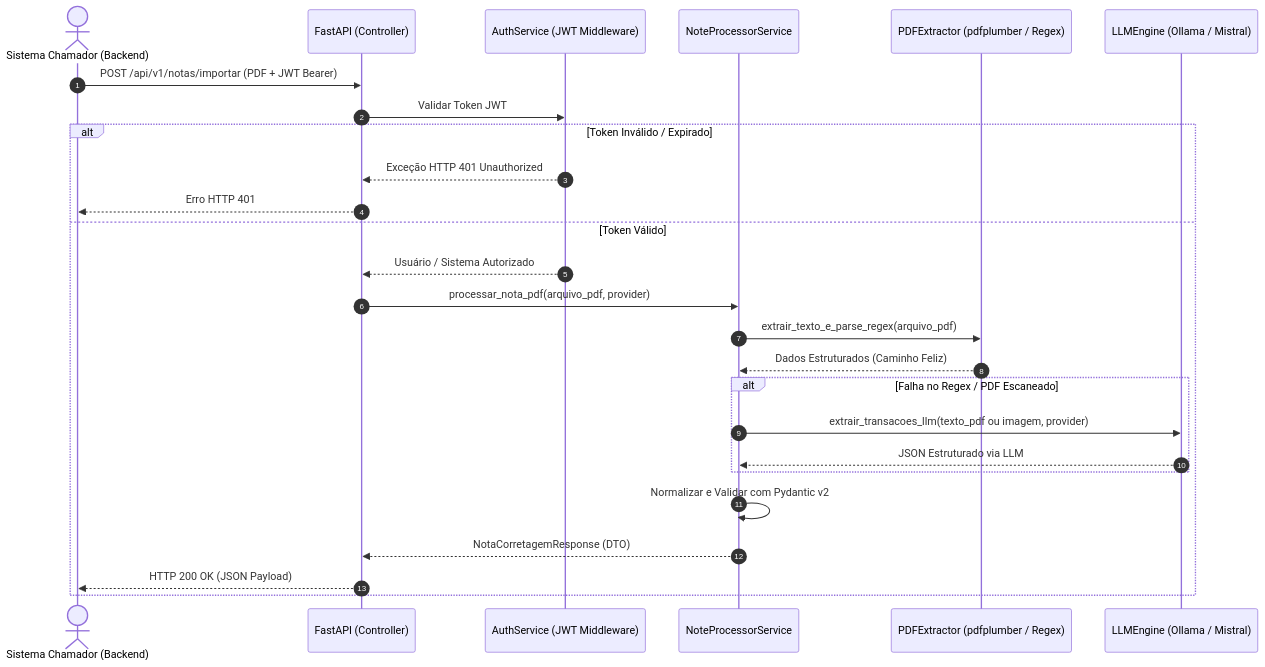
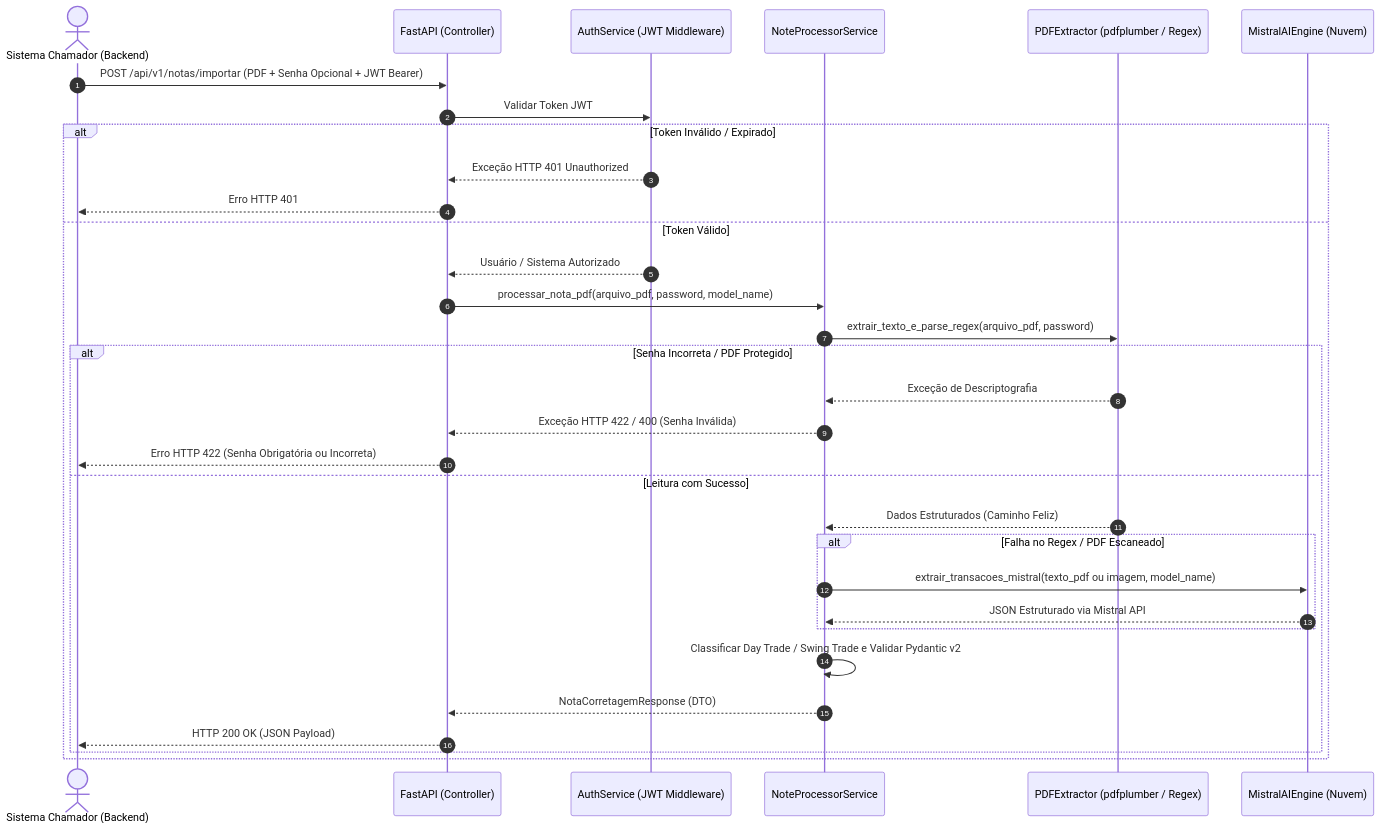
The first of 2 diagrams in ssd.md (lcamargo82/nota-corretagem-api), drawn with Mermaid before and after one commit. The commit also changed other lines of this file and 3 other files, not shown here.

Commit message:
docs: atualizacao do prd, ssd, readme e plano com suporte a mistral, senhas e swing trade

````diff
--- a/ssd.md
+++ b/ssd.md
@@ -15,31 +15,38 @@
 ```mermaid
 sequenceDiagram
     autonumber
     actor Cliente as Sistema Chamador (Backend)
     participant API as FastAPI (Controller)
     participant Auth as AuthService (JWT Middleware)
     participant Proc as NoteProcessorService
     participant PDF as PDFExtractor (pdfplumber / Regex)
-    participant LLM as LLMEngine (Ollama / Mistral)
+    participant LLM as MistralAIEngine (Nuvem)
 
-    Cliente->>API: POST /api/v1/notas/importar (PDF + JWT Bearer)
+    Cliente->>API: POST /api/v1/notas/importar (PDF + Senha Opcional + JWT Bearer)
     API->>Auth: Validar Token JWT
     alt Token Inválido / Expirado
         Auth-->>API: Exceção HTTP 401 Unauthorized
         API-->>Cliente: Erro HTTP 401
     else Token Válido
         Auth-->>API: Usuário / Sistema Autorizado
-        API->>Proc: processar_nota_pdf(arquivo_pdf, provider)
-        Proc->>PDF: extrair_texto_e_parse_regex(arquivo_pdf)
-        PDF-->>Proc: Dados Estruturados (Caminho Feliz)
+        API->>Proc: processar_nota_pdf(arquivo_pdf, password, model_name)
+        Proc->>PDF: extrair_texto_e_parse_regex(arquivo_pdf, password)
         
-        alt Falha no Regex / PDF Escaneado
-            Proc->>LLM: extrair_transacoes_llm(texto_pdf ou imagem, provider)
-            LLM-->>Proc: JSON Estruturado via LLM
+        alt Senha Incorreta / PDF Protegido
+            PDF-->>Proc: Exceção de Descriptografia
+            Proc-->>API: Exceção HTTP 422 / 400 (Senha Inválida)
+            API-->>Cliente: Erro HTTP 422 (Senha Obrigatória ou Incorreta)
+        else Leitura com Sucesso
+            PDF-->>Proc: Dados Estruturados (Caminho Feliz)
+            
+            alt Falha no Regex / PDF Escaneado
+                Proc->>LLM: extrair_transacoes_mistral(texto_pdf ou imagem, model_name)
+                LLM-->>Proc: JSON Estruturado via Mistral API
+            end
+
+            Proc->>Proc: Classificar Day Trade / Swing Trade e Validar Pydantic v2
+            Proc-->>API: NotaCorretagemResponse (DTO)
+            API-->>Cliente: HTTP 200 OK (JSON Payload)
         end
-
-        Proc->>Proc: Normalizar e Validar com Pydantic v2
-        Proc-->>API: NotaCorretagemResponse (DTO)
-        API-->>Cliente: HTTP 200 OK (JSON Payload)
     end
 ```
````
